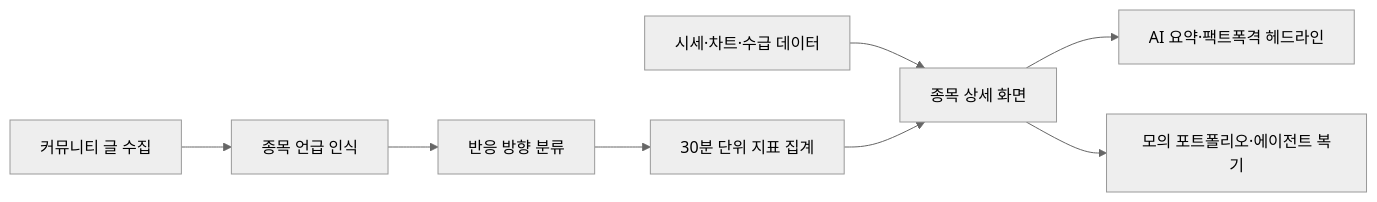
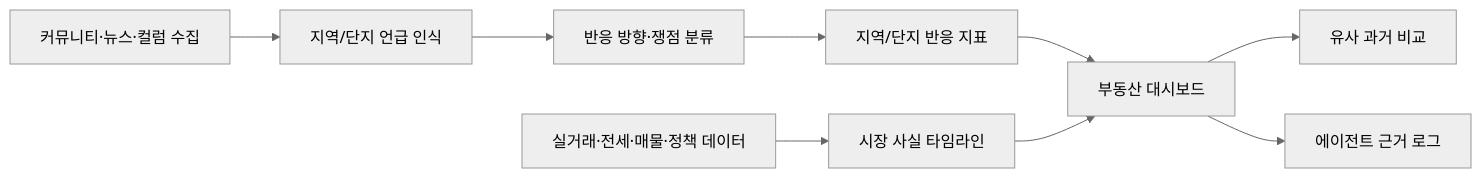
The first of 2 diagrams in README.md (99hyuk/YouBuyFirst_RealEstate), drawn with Mermaid (neutral theme) before and after one commit. The commit also changed other lines of this file and 70 other files, not shown here.

````diff
--- a/README.md
+++ b/README.md
@@ -53,10 +47,11 @@
 ```mermaid
 flowchart LR
-  A["커뮤니티 글 수집"] --> B["종목 언급 인식"]
-  B --> C["반응 방향 분류"]
-  C --> D["30분 단위 지표 집계"]
-  E["시세·차트·수급 데이터"] --> F["종목 상세 화면"]
-  D --> F
-  F --> G["AI 요약·팩트폭격 헤드라인"]
-  F --> H["모의 포트폴리오·에이전트 복기"]
+  A["커뮤니티·뉴스·컬럼 수집"] --> B["지역/단지 언급 인식"]
+  B --> C["반응 방향·쟁점 분류"]
+  C --> D["지역/단지 반응 지표"]
+  E["실거래·전세·매물·정책 데이터"] --> F["시장 사실 타임라인"]
+  D --> G["부동산 대시보드"]
+  F --> G
+  G --> H["유사 과거 비교"]
+  G --> I["에이전트 근거 로그"]
 ```
````
